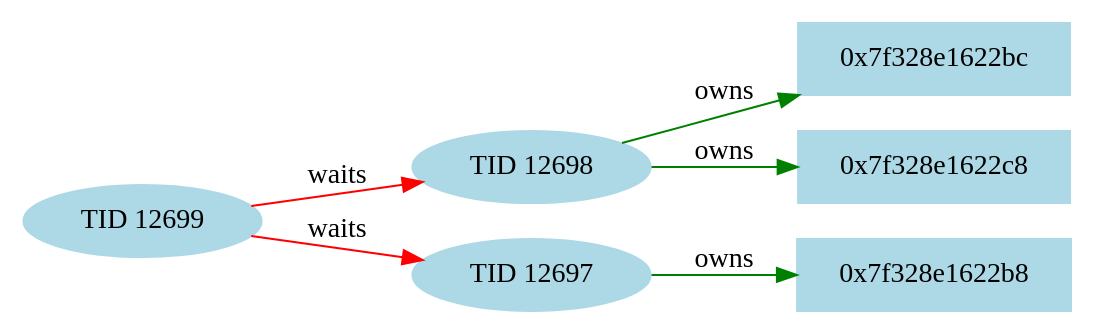
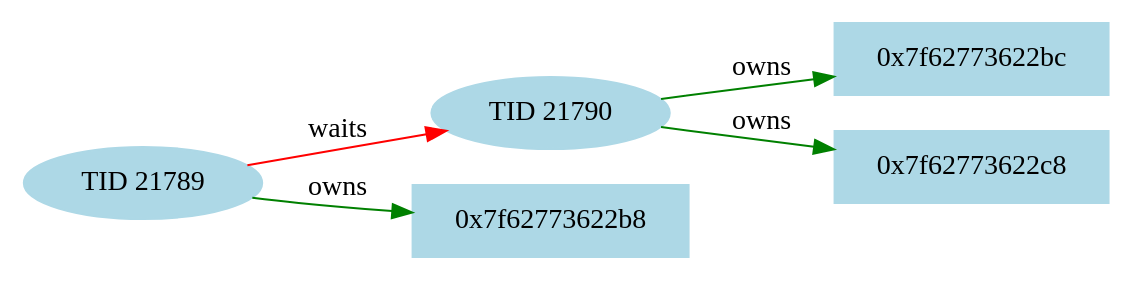
One commit to ronenBenYaakov/deadlock-interceptor changed the diagram in locks.dot. Above: the diagram before and after it, drawn with Graphviz. The commit also changed 10 other files, not shown here.

```diff
--- a/locks.dot
+++ b/locks.dot
@@ -1,17 +1,15 @@
 digraph LockGraph {
   rankdir=LR;
   node [style=filled, color=lightblue];
 
-  T12698 [label="TID 12698", shape=ellipse];
-  T12699 [label="TID 12699", shape=ellipse];
-  T12697 [label="TID 12697", shape=ellipse];
-  L139855108907708 [label="0x7f328e1622bc", shape=box];
-  L139855108907720 [label="0x7f328e1622c8", shape=box];
-  L139855108907704 [label="0x7f328e1622b8", shape=box];
+  T21790 [label="TID 21790", shape=ellipse];
+  T21789 [label="TID 21789", shape=ellipse];
+  L140060883559096 [label="0x7f62773622b8", shape=box];
+  L140060883559100 [label="0x7f62773622bc", shape=box];
+  L140060883559112 [label="0x7f62773622c8", shape=box];
 
-  T12698 -> L139855108907708 [label="owns", color=green];
-  T12698 -> L139855108907720 [label="owns", color=green];
-  T12697 -> L139855108907704 [label="owns", color=green];
-  T12699 -> T12698 [label="waits", color=red];
-  T12699 -> T12697 [label="waits", color=red];
+  T21789 -> L140060883559096 [label="owns", color=green];
+  T21790 -> L140060883559100 [label="owns", color=green];
+  T21790 -> L140060883559112 [label="owns", color=green];
+  T21789 -> T21790 [label="waits", color=red];
 }
```
